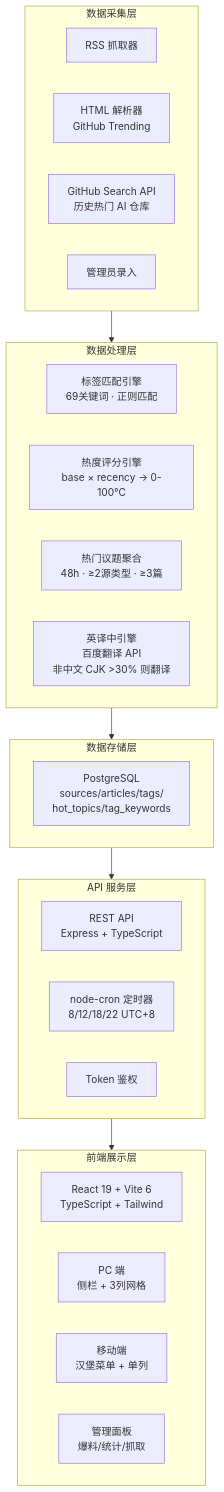
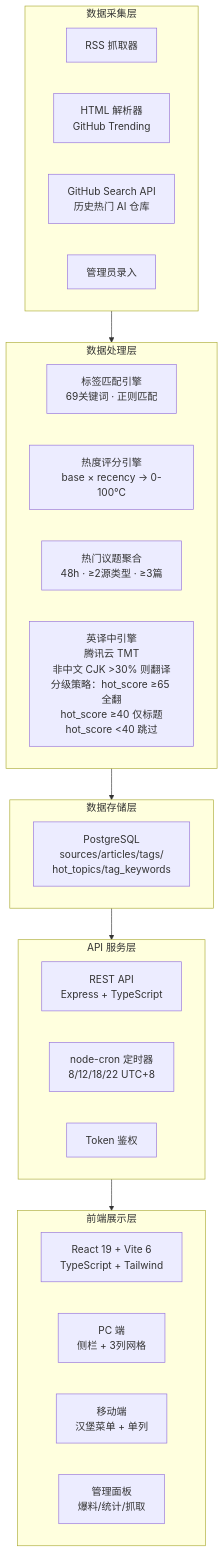
Before and after one commit to Miko-PM/singularity-radar: the first of 3 diagrams in docs/PRD_V1.0_20260601.md, drawn with Mermaid. The commit also changed other lines of this file and 5 other files, not shown here.

````diff
--- a/docs/PRD_V1.0_20260601.md
+++ b/docs/PRD_V1.0_20260601.md
@@ -143,36 +148,36 @@
 ```mermaid
 graph TB
     subgraph 处理层["数据处理层"]
         Tag[标签匹配引擎<br/>69关键词 · 正则匹配]
         Heat[热度评分引擎<br/>base × recency → 0-100°C]
         Topic[热门议题聚合<br/>48h · ≥2源类型 · ≥3篇]
-        TL[英译中引擎<br/>百度翻译 API<br/>非中文 CJK >30% 则翻译]
+        TL[英译中引擎<br/>腾讯云 TMT<br/>非中文 CJK >30% 则翻译<br/>分级策略：hot_score ≥65 全翻<br/>hot_score ≥40 仅标题<br/>hot_score <40 跳过]
     end
 
     subgraph 数据层["数据采集层"]
         RSS[RSS 抓取器]
         HTML[HTML 解析器<br/>GitHub Trending]
         GHS[GitHub Search API<br/>历史热门 AI 仓库]
         Admin[管理员录入]
     end
 
     subgraph 存储层["数据存储层"]
         PG[PostgreSQL<br/>sources/articles/tags/<br/>hot_topics/tag_keywords]
     end
 
     subgraph API层["API 服务层"]
         REST[REST API<br/>Express + TypeScript]
         Schedule[node-cron 定时器<br/>8/12/18/22 UTC+8]
         Auth[Token 鉴权]
     end
 
     subgraph 展示层["前端展示层"]
         React[React 19 + Vite 6<br/>TypeScript + Tailwind]
         PC[PC 端<br/>侧栏 + 3列网格]
         Mobile[移动端<br/>汉堡菜单 + 单列]
         AdminPanel[管理面板<br/>爆料/统计/抓取]
     end
 
     数据层 --> 处理层 --> 存储层
     存储层 --> API层 --> 展示层
 ```
````
